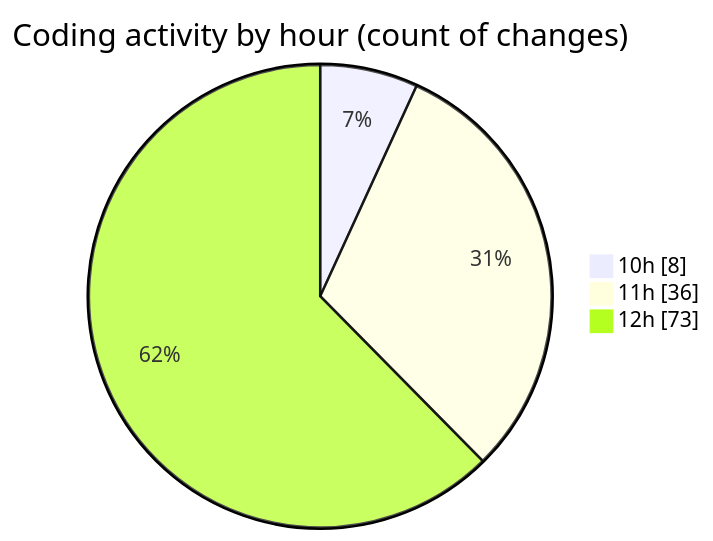
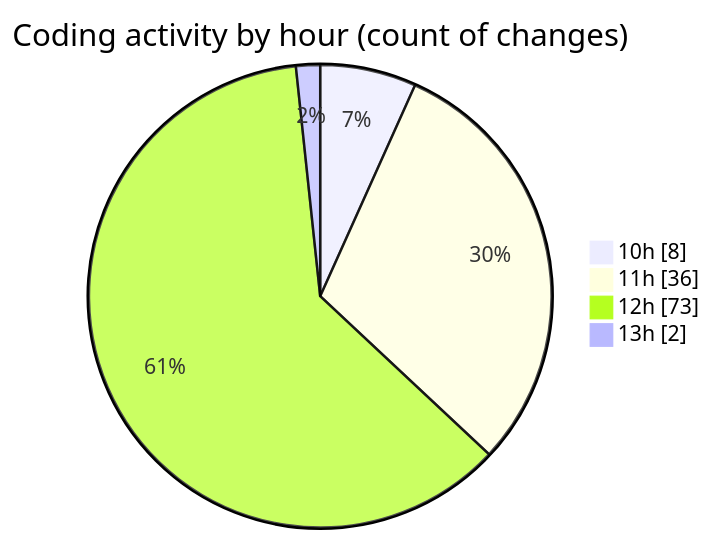
One commit to CELIANVF/code-tracking changed the second of 2 diagrams in 2025-05-16/python_app_deploy/README.md. Above: the diagram before and after it, drawn with Mermaid. The commit also changed other lines of this file and 1 other file, not shown here.

````diff
--- a/2025-05-16/python_app_deploy/README.md
+++ b/2025-05-16/python_app_deploy/README.md
@@ -53,7 +53,8 @@
 ```mermaid
 pie showData
 title Coding activity by hour (count of changes)
 "10h" : 8
 "11h" : 36
 "12h" : 73
+"13h" : 2
 ```
````
